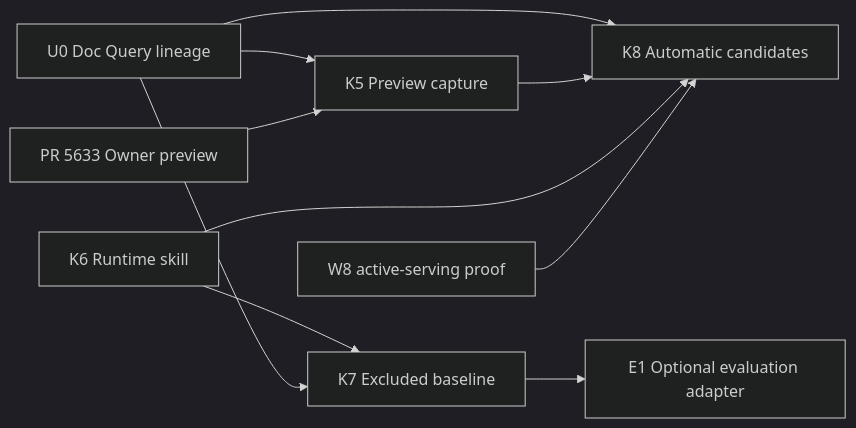
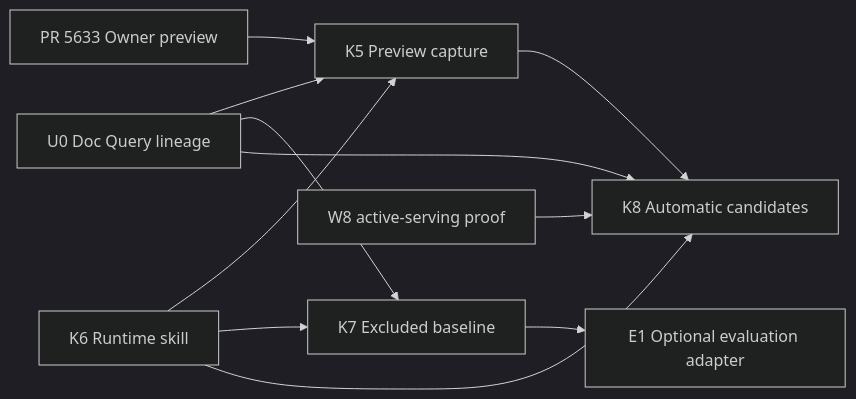
Before and after one commit to uzh-bf/klicker-uzh: the diagram in project/2026-08-28-chatbot-test-and-teach-ground-truth-plan.md, drawn with Mermaid (dark theme). The commit also changed other lines of this file and 1 other file, not shown here.

Commit message:
docs(project): incorporate runtime plan review

````diff
--- a/project/2026-08-28-chatbot-test-and-teach-ground-truth-plan.md
+++ b/project/2026-08-28-chatbot-test-and-teach-ground-truth-plan.md
@@ -182,12 +182,13 @@
 ```mermaid
 flowchart LR
   U0[U0 Doc Query lineage] --> K5[K5 Preview capture]
   P5633[PR 5633 Owner preview] --> K5
+  K6[K6 Runtime skill] --> K5
   K6[K6 Runtime skill] --> K7[K7 Excluded baseline]
   U0 --> K7
   U0 --> K8[K8 Automatic candidates]
   K5 --> K8
   K6 --> K8
   W8[W8 active-serving proof] --> K8
   K7 --> E1[E1 Optional evaluation adapter]
 ```
````
